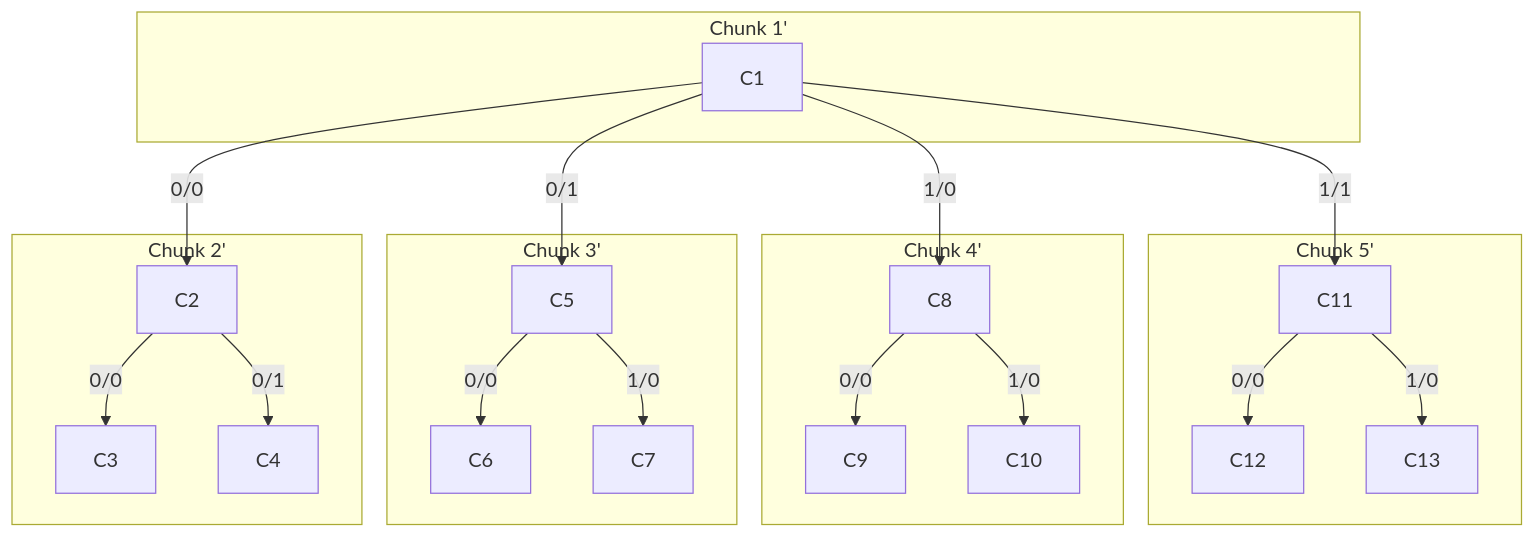
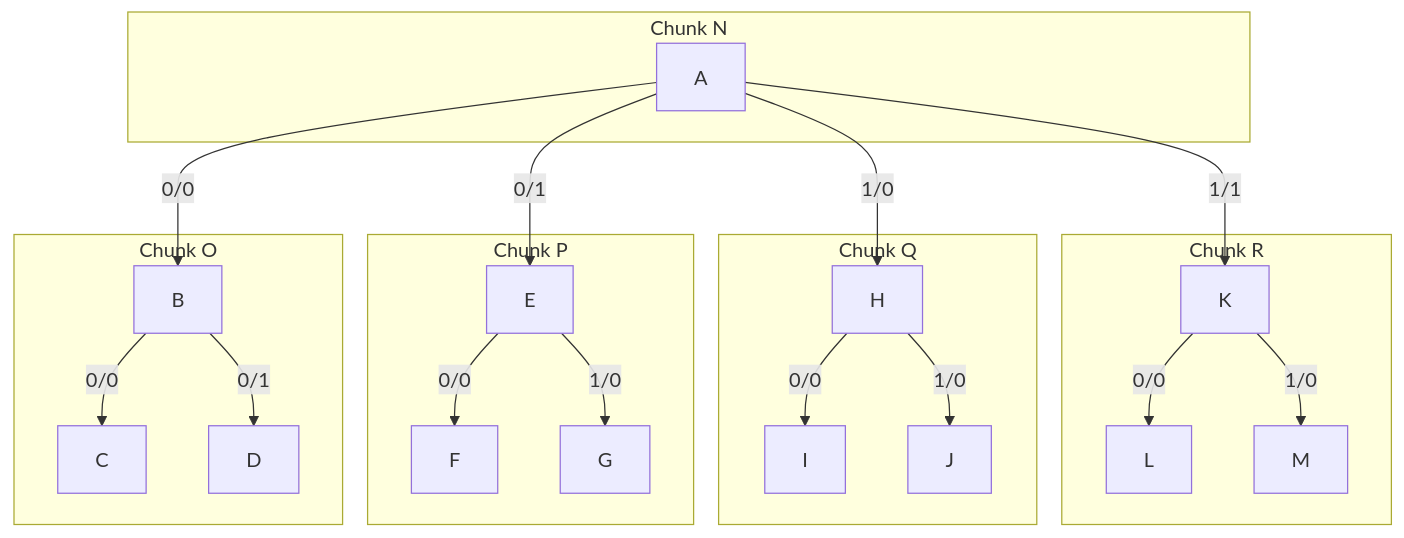
Before and after one commit to microsoft/FluidFramework: diagram 21 of 29 in packages/dds/tree/docs/wip/treeStorage.md, drawn with Mermaid. The commit also changed other lines of this file, not shown here.

````diff
--- a/packages/dds/tree/docs/wip/treeStorage.md
+++ b/packages/dds/tree/docs/wip/treeStorage.md
@@ -530,35 +627,35 @@
 ```mermaid
 graph TD;
-    C1--0/0-->C2--0/0-->C3
-    C2--0/1-->C4
-    C1--0/1-->C5--0/0-->C6
-    C5--1/0-->C7
-    C1--1/0-->C8--0/0-->C9
-    C8--1/0-->C10
-    C1--1/1-->C11--0/0-->C12
-    C11--1/0-->C13
-    subgraph Chunk 1'
-    C1
+    A--0/0-->B--0/0-->C
+    B--0/1-->D
+    A--0/1-->E--0/0-->F
+    E--1/0-->G
+    A--1/0-->H--0/0-->I
+    H--1/0-->J
+    A--1/1-->K--0/0-->L
+    K--1/0-->M
+    subgraph Chunk N
+        A
     end
-    subgraph Chunk 5'
-    C11
-    C12
-    C13
+    subgraph Chunk R
+        K
+        L
+        M
     end
-    subgraph Chunk 4'
-    C8
-    C9
-    C10
+    subgraph Chunk Q
+        H
+        I
+        J
     end
-    subgraph Chunk 3'
-    C5
-    C6
-    C7
+    subgraph Chunk P
+        E
+        F
+        G
     end
-    subgraph Chunk 2'
-    C2
-    C3
-    C4
+    subgraph Chunk O
+        B
+        C
+        D
     end
 
 ```
````
